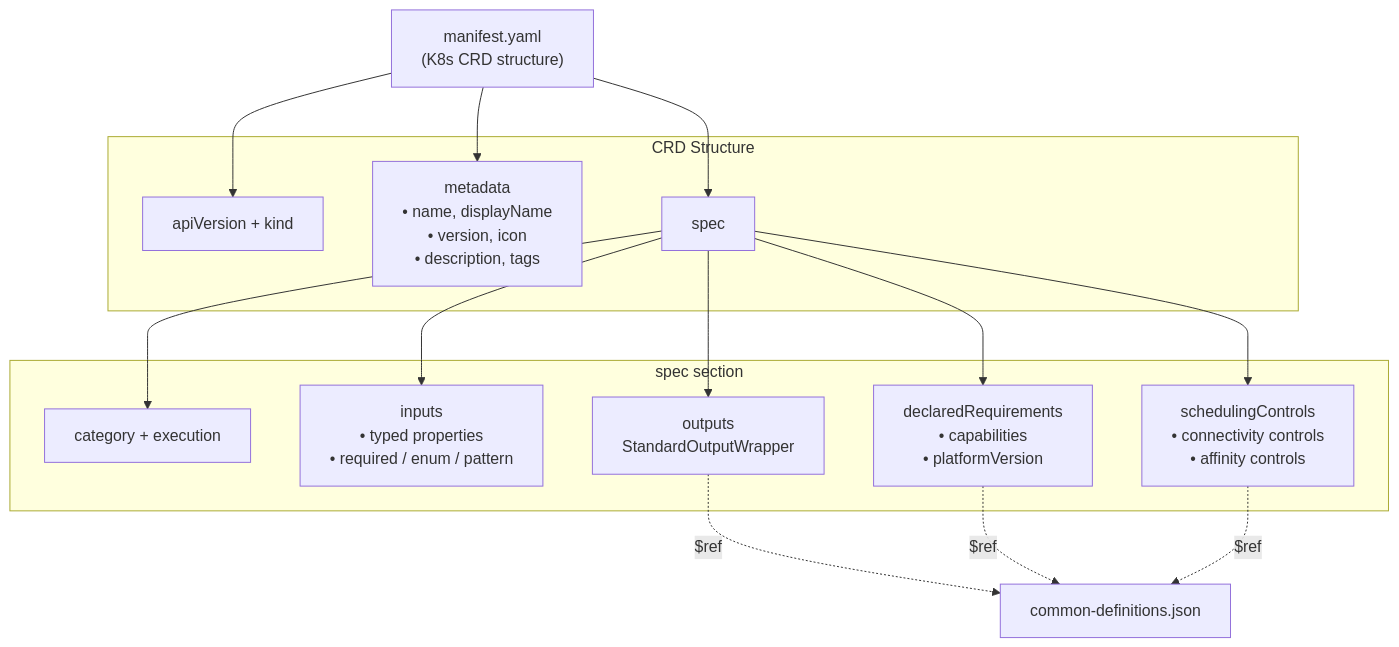
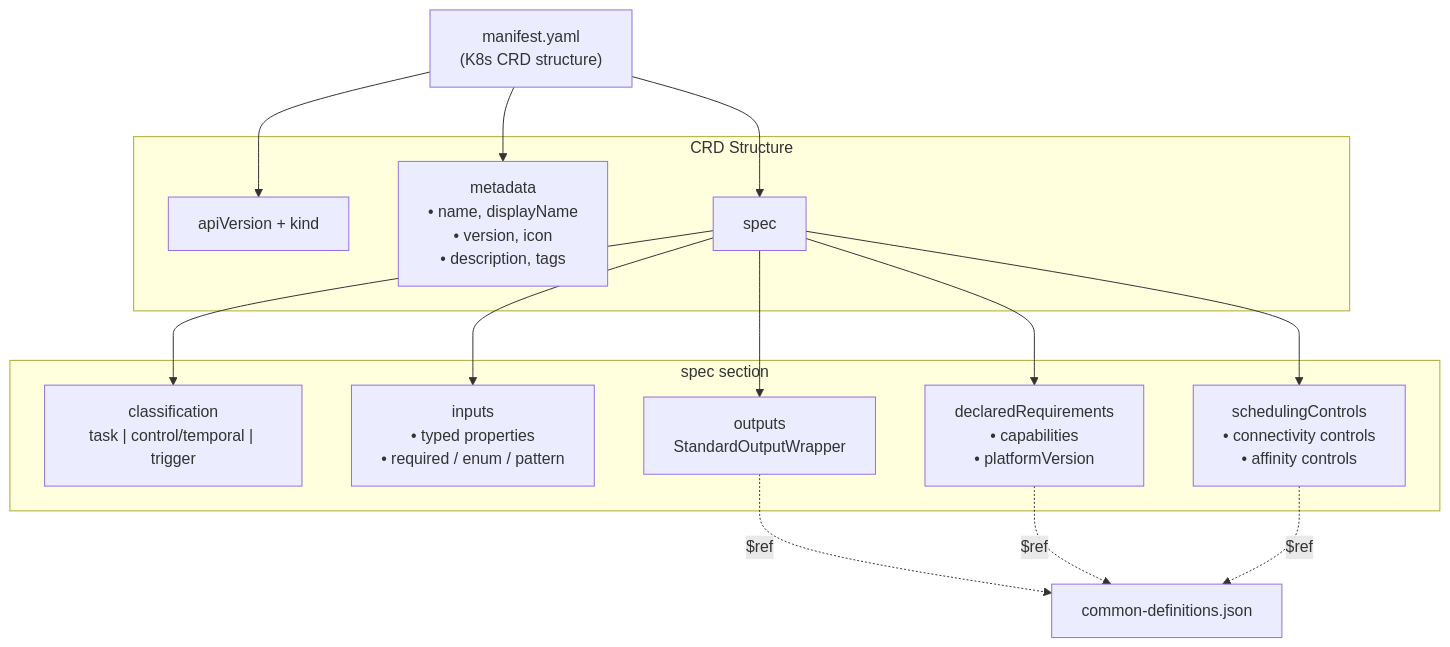
One commit to syntara-orchestration/syntara-node-sdk changed the first of 8 diagrams in docs/architecture.md. Above: the diagram before and after it, drawn with Mermaid. The commit also changed other lines of this file and 68 other files, not shown here.

````diff
--- a/docs/architecture.md
+++ b/docs/architecture.md
@@ -212,31 +219,31 @@
 ```mermaid
 graph TB
     MANIFEST["manifest.yaml<br/>(K8s CRD structure)"]
 
     subgraph CRD["CRD Structure"]
         API["apiVersion + kind"]
         META["metadata<br/>• name, displayName<br/>• version, icon<br/>• description, tags"]
         SPEC["spec"]
     end
 
     subgraph SPEC_CONTENTS["spec section"]
-        CAT["category + execution"]
+        CLASS["classification<br/>task | control/temporal | trigger"]
         INPUTS["inputs<br/>• typed properties<br/>• required / enum / pattern"]
         OUTPUTS["outputs<br/>StandardOutputWrapper"]
         REQS["declaredRequirements<br/>• capabilities<br/>• platformVersion"]
         SCHED["schedulingControls<br/>• connectivity controls<br/>• affinity controls"]
     end
 
     MANIFEST --> API
     MANIFEST --> META
     MANIFEST --> SPEC
-    SPEC --> CAT
+    SPEC --> CLASS
     SPEC --> INPUTS
     SPEC --> OUTPUTS
     SPEC --> REQS
     SPEC --> SCHED
 
     OUTPUTS -.->|$ref| CD["common-definitions.json"]
     REQS -.->|$ref| CD
     SCHED -.->|$ref| CD
 ```
````
